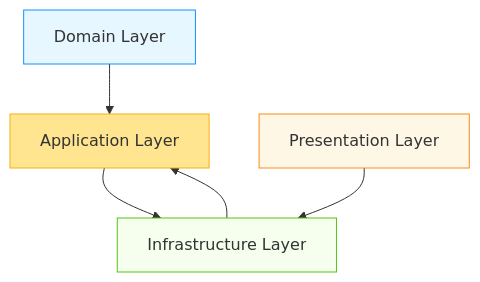
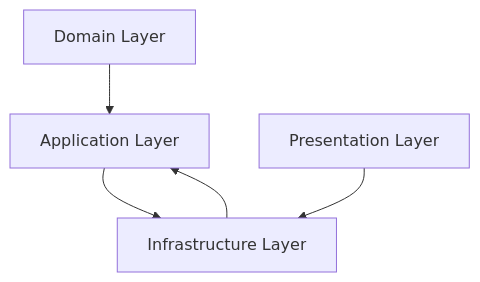
One commit to BlizzyIxyz/Code-Standards changed the first of 3 diagrams in Unity Modular-Layered Architecture.md. Above: the diagram before and after it, drawn with Mermaid. The commit also changed other lines of this file, not shown here.

Commit message:
Update Unity Modular-Layered Architecture.md

````diff
--- a/Unity Modular-Layered Architecture.md
+++ b/Unity Modular-Layered Architecture.md
@@ -72,15 +72,7 @@
 ```mermaid
 graph TD
     C[Domain Layer] --> B[Application Layer]
     B[Application Layer] --> D[Infrastructure Layer]
     A[Presentation Layer] --> D[Infrastructure Layer]
     D[Infrastructure Layer] --> B[Application Layer]
-    
-    style C fill:#e6f7ff,stroke:#1890ff
-    style B fill:#ffe58f,stroke:#faad14
-    style D fill:#f6ffed,stroke:#52c41a
-    style A fill:#fff7e6,stroke:#fa8c16
-    
-    classDef layer fill:#f0f0f0,stroke:#d9d9d9;
-    class C,B,D,A layer;
 ```
````
